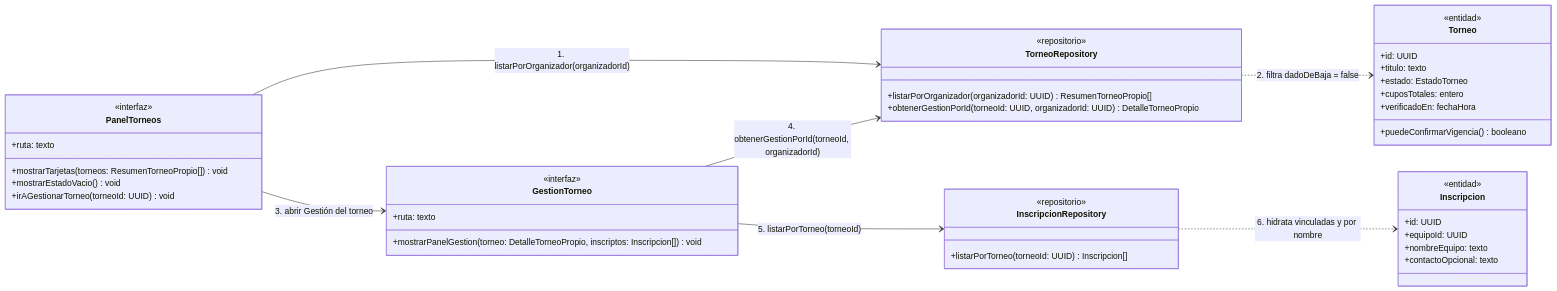
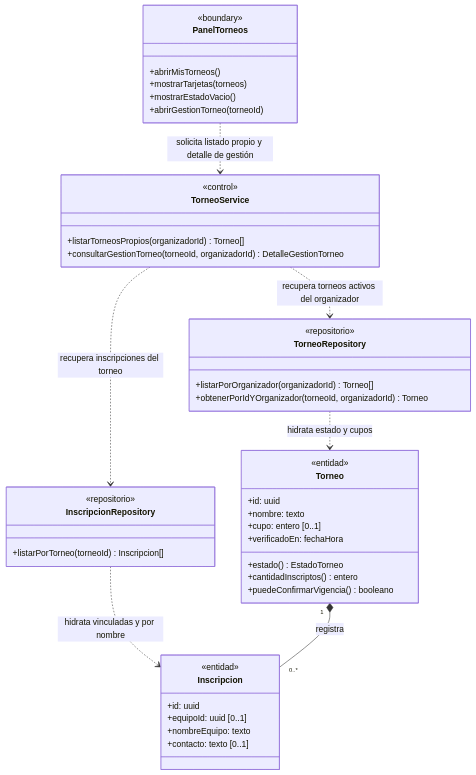
The third of 8 diagrams in docs/diagramas-de-clase/organizador.md (nicqletal/torneos-scraper), drawn with Mermaid before and after one commit. The commit also changed other lines of this file and 12 other files, not shown here.

Commit message:
Correcion Diagramas de Clase

````diff
--- a/docs/diagramas-de-clase/organizador.md
+++ b/docs/diagramas-de-clase/organizador.md
@@ -220,54 +202,48 @@
 ```mermaid
 classDiagram
-    direction LR
-
-    class PanelTorneos {
-        <<interfaz>>
-        +ruta: texto
-        +mostrarTarjetas(torneos: ResumenTorneoPropio[]) void
-        +mostrarEstadoVacio() void
-        +irAGestionarTorneo(torneoId: UUID) void
-    }
-
-    class GestionTorneo {
-        <<interfaz>>
-        +ruta: texto
-        +mostrarPanelGestion(torneo: DetalleTorneoPropio, inscriptos: Inscripcion[]) void
-    }
-
-    class TorneoRepository {
-        <<repositorio>>
-        +listarPorOrganizador(organizadorId: UUID) ResumenTorneoPropio[]
-        +obtenerGestionPorId(torneoId: UUID, organizadorId: UUID) DetalleTorneoPropio
-    }
-
-    class InscripcionRepository {
-        <<repositorio>>
-        +listarPorTorneo(torneoId: UUID) Inscripcion[]
-    }
-
-    class Torneo {
-        <<entidad>>
-        +id: UUID
-        +titulo: texto
-        +estado: EstadoTorneo
-        +cuposTotales: entero
-        +verificadoEn: fechaHora
-        +puedeConfirmarVigencia() booleano
-    }
-
-    class Inscripcion {
-        <<entidad>>
-        +id: UUID
-        +equipoId: UUID
-        +nombreEquipo: texto
-        +contactoOpcional: texto
-    }
-
-    PanelTorneos --> TorneoRepository : 1. listarPorOrganizador(organizadorId)
-    TorneoRepository ..> Torneo : 2. filtra dadoDeBaja = false
-    PanelTorneos --> GestionTorneo : 3. abrir Gestión del torneo
-    GestionTorneo --> TorneoRepository : 4. obtenerGestionPorId(torneoId, organizadorId)
-    GestionTorneo --> InscripcionRepository : 5. listarPorTorneo(torneoId)
-    InscripcionRepository ..> Inscripcion : 6. hidrata vinculadas y por nombre
+direction TB
+class PanelTorneos {
+  <<boundary>>
+  +abrirMisTorneos()
+  +mostrarTarjetas(torneos)
+  +mostrarEstadoVacio()
+  +abrirGestionTorneo(torneoId)
+}
+class TorneoService {
+  <<control>>
+  +listarTorneosPropios(organizadorId) Torneo[]
+  +consultarGestionTorneo(torneoId, organizadorId) DetalleGestionTorneo
+}
+class TorneoRepository {
+  <<repositorio>>
+  +listarPorOrganizador(organizadorId) Torneo[]
+  +obtenerPorIdYOrganizador(torneoId, organizadorId) Torneo
+}
+class InscripcionRepository {
+  <<repositorio>>
+  +listarPorTorneo(torneoId) Inscripcion[]
+}
+class Torneo {
+  <<entidad>>
+  +id: uuid
+  +nombre: texto
+  +cupo: entero [0..1]
+  +verificadoEn: fechaHora
+  +estado() EstadoTorneo
+  +cantidadInscriptos() entero
+  +puedeConfirmarVigencia() booleano
+}
+class Inscripcion {
+  <<entidad>>
+  +id: uuid
+  +equipoId: uuid [0..1]
+  +nombreEquipo: texto
+  +contacto: texto [0..1]
+}
+PanelTorneos ..> TorneoService : solicita listado propio y detalle de gestión
+TorneoService ..> TorneoRepository : recupera torneos activos del organizador
+TorneoService ..> InscripcionRepository : recupera inscripciones del torneo
+TorneoRepository ..> Torneo : hidrata estado y cupos
+InscripcionRepository ..> Inscripcion : hidrata vinculadas y por nombre
+Torneo "1" *-- "0..*" Inscripcion : registra
 ```
````
